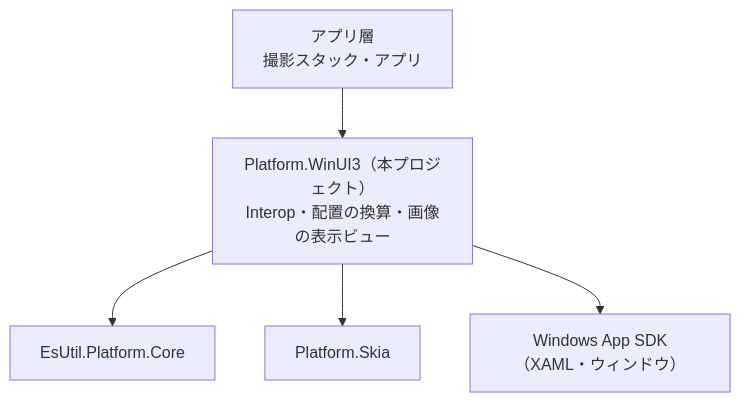
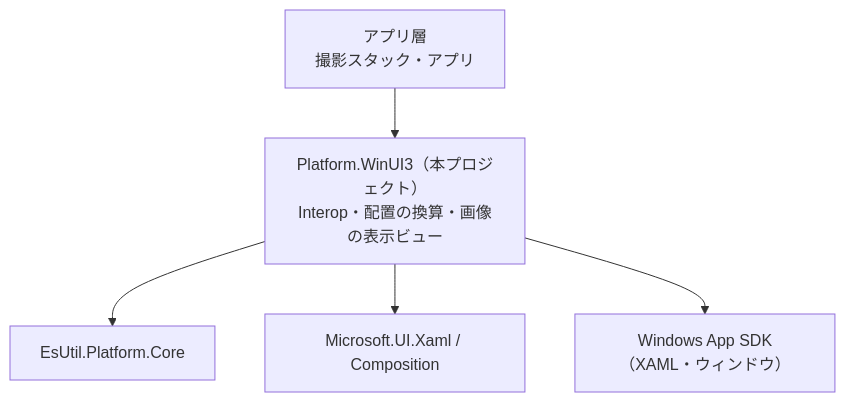
One commit to tomokuni/SaveEvidence changed the first of 6 diagrams in src/Platform.WinUI3/docs/SPEC_System.md. Above: the diagram before and after it, drawn with Mermaid. The commit also changed other lines of this file and 96 other files, not shown here.

First line of the commit message:
WinUI 3 版から SkiaSharp を外し、描画を Composition と XAML の要素へ移す

````diff
--- a/src/Platform.WinUI3/docs/SPEC_System.md
+++ b/src/Platform.WinUI3/docs/SPEC_System.md
@@ -42,10 +42,10 @@
 ```mermaid
 flowchart TB
     APP["アプリ層<br/>撮影スタック・アプリ"]
     PLAT["Platform.WinUI3（本プロジェクト）<br/>Interop・配置の換算・画像の表示ビュー"]
 
     APP --> PLAT
     PLAT --> CORE["EsUtil.Platform.Core"]
-    PLAT --> SKIA["Platform.Skia"]
+    PLAT --> XAML["Microsoft.UI.Xaml / Composition"]
     PLAT --> WINSDK["Windows App SDK（XAML・ウィンドウ）"]
 ```
````
